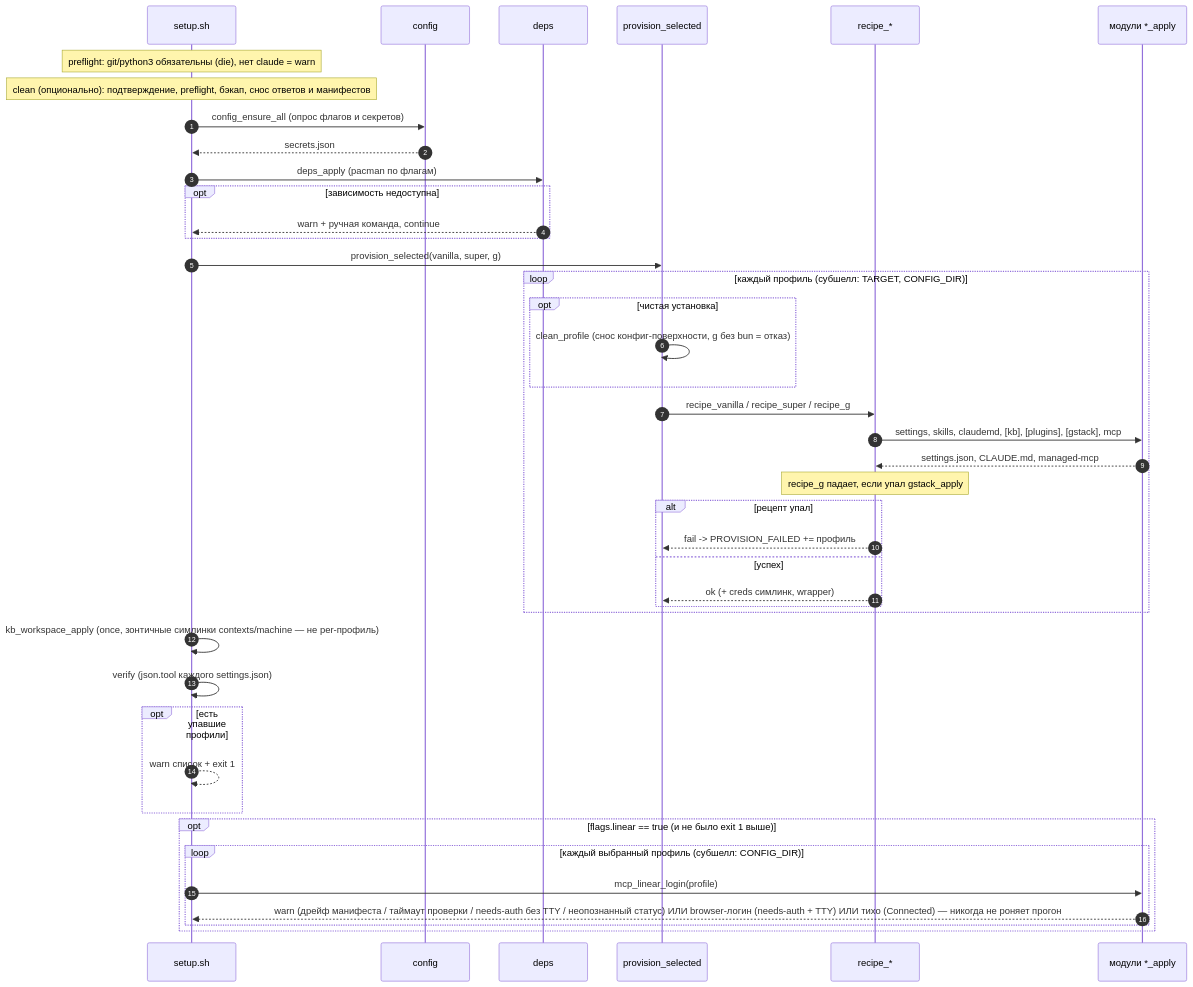
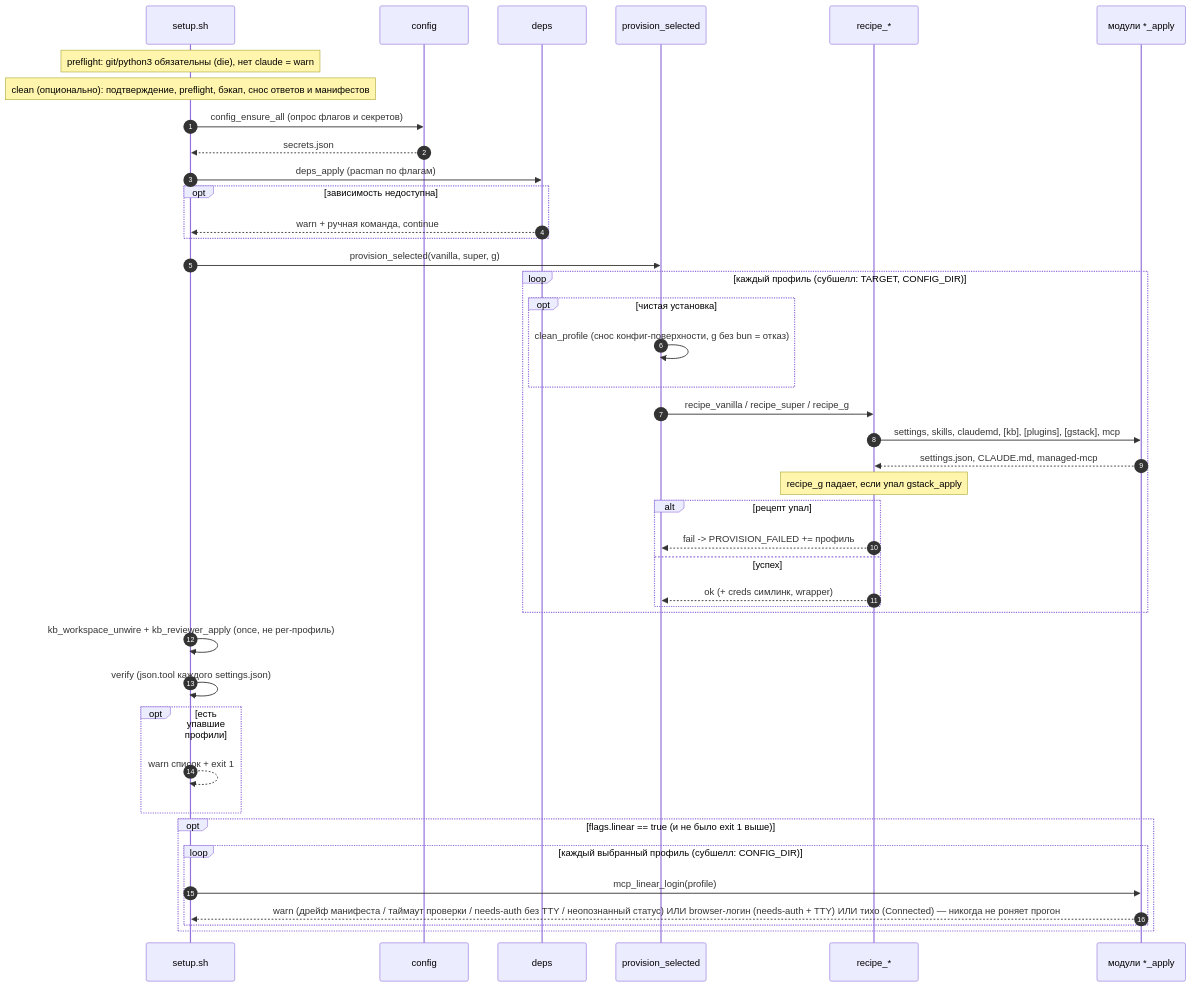
One commit to stpntkhnv/claudefiles changed the third of 4 diagrams in docs/architecture.md. Above: the diagram before and after it, drawn with Mermaid. The commit also changed other lines of this file and 7 other files, not shown here.

````diff
--- a/docs/architecture.md
+++ b/docs/architecture.md
@@ -81,44 +81,44 @@
 ```mermaid
 sequenceDiagram
   autonumber
   participant U as setup.sh
   participant C as config
   participant D as deps
   participant P as provision_selected
   participant R as recipe_*
   participant M as модули *_apply
   Note over U: preflight: git/python3 обязательны (die), нет claude = warn
   Note over U: clean (опционально): подтверждение, preflight, бэкап, снос ответов и манифестов
   U->>C: config_ensure_all (опрос флагов и секретов)
   C-->>U: secrets.json
   U->>D: deps_apply (pacman по флагам)
   opt зависимость недоступна
     D-->>U: warn + ручная команда, continue
   end
   U->>P: provision_selected(vanilla, super, g)
   loop каждый профиль (субшелл: TARGET, CONFIG_DIR)
     opt чистая установка
       P->>P: clean_profile (снос конфиг-поверхности, g без bun = отказ)
     end
     P->>R: recipe_vanilla / recipe_super / recipe_g
     R->>M: settings, skills, claudemd, [kb], [plugins], [gstack], mcp
     M-->>R: settings.json, CLAUDE.md, managed-mcp
     Note over R: recipe_g падает, если упал gstack_apply
     alt рецепт упал
       R-->>P: fail -> PROVISION_FAILED += профиль
     else успех
       R-->>P: ok (+ creds симлинк, wrapper)
     end
   end
-  U->>U: kb_workspace_apply (once, зонтичные симлинки contexts/machine — не per-профиль)
+  U->>U: kb_workspace_unwire + kb_reviewer_apply (once, не per-профиль)
   U->>U: verify (json.tool каждого settings.json)
   opt есть упавшие профили
     U-->>U: warn список + exit 1
   end
   opt flags.linear == true (и не было exit 1 выше)
     loop каждый выбранный профиль (субшелл: CONFIG_DIR)
       U->>M: mcp_linear_login(profile)
       M-->>U: warn (дрейф манифеста / таймаут проверки / needs-auth без TTY / неопознанный статус) ИЛИ browser-логин (needs-auth + TTY) ИЛИ тихо (Connected) — никогда не роняет прогон
     end
   end
 ```
````
